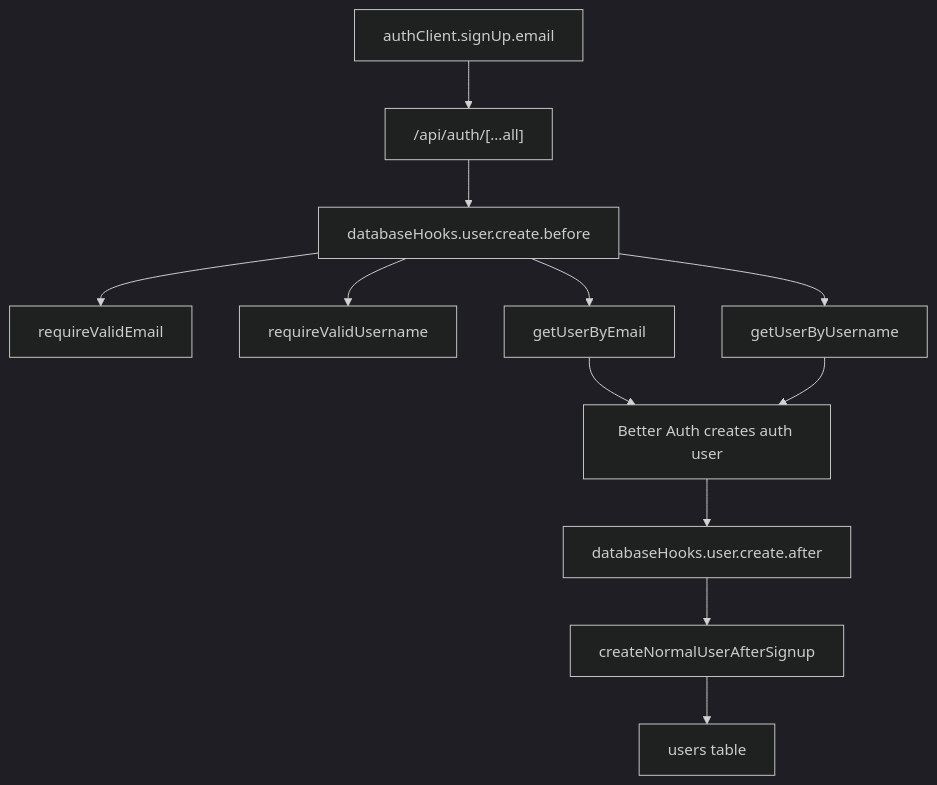
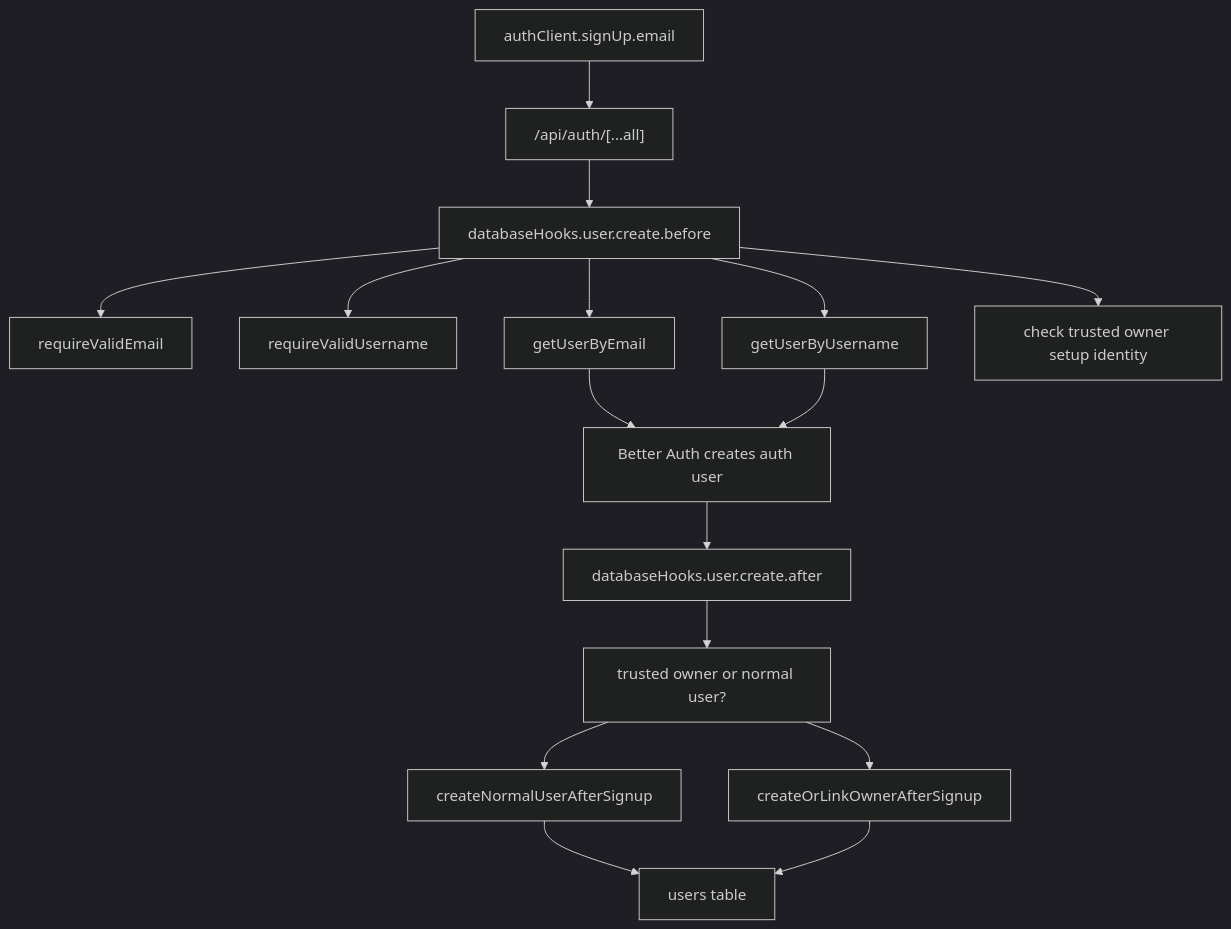
The tenth of 20 diagrams in PROJECT_LEARNING_FLOW.md (bucketb0t/Earth_In_Sound), drawn with Mermaid (dark theme) before and after one commit. The commit also changed other lines of this file and 20 other files, not shown here.

````diff
--- a/PROJECT_LEARNING_FLOW.md
+++ b/PROJECT_LEARNING_FLOW.md
@@ -2192,14 +2236,18 @@
 ```mermaid
 flowchart TD
   Signup["authClient.signUp.email"] --> Route["/api/auth/[...all]"]
   Route --> BeforeHook["databaseHooks.user.create.before"]
   BeforeHook --> ValidateEmail["requireValidEmail"]
   BeforeHook --> ValidateUsername["requireValidUsername"]
   BeforeHook --> CheckEmail["getUserByEmail"]
   BeforeHook --> CheckUsername["getUserByUsername"]
+  BeforeHook --> OwnerContext["check trusted owner setup identity"]
   CheckEmail --> BetterAuthCreate["Better Auth creates auth user"]
   CheckUsername --> BetterAuthCreate
   BetterAuthCreate --> AfterHook["databaseHooks.user.create.after"]
-  AfterHook --> CreateProjectUser["createNormalUserAfterSignup"]
+  AfterHook --> ChooseProfile["trusted owner or normal user?"]
+  ChooseProfile --> CreateProjectUser["createNormalUserAfterSignup"]
+  ChooseProfile --> CreateOwner["createOrLinkOwnerAfterSignup"]
   CreateProjectUser --> UsersTable["users table"]
+  CreateOwner --> UsersTable
 ```
````
